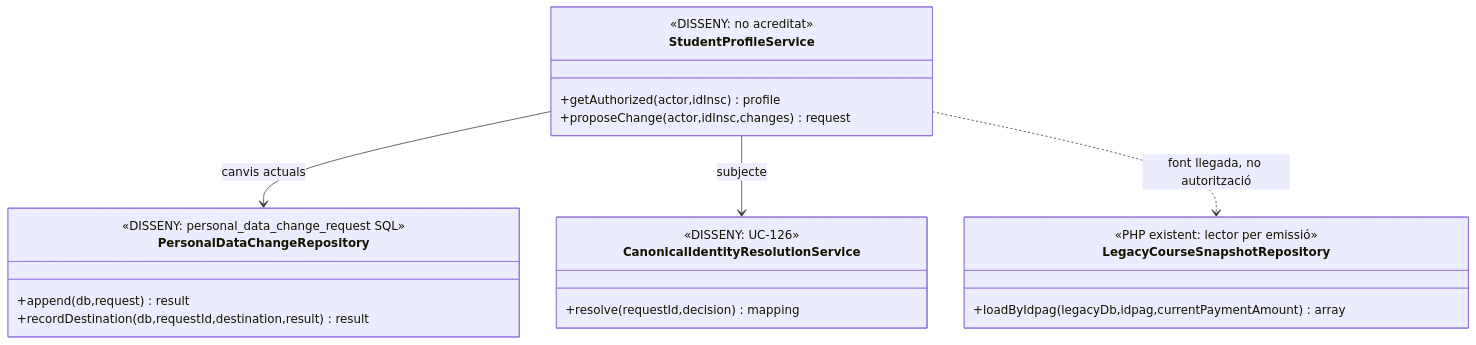
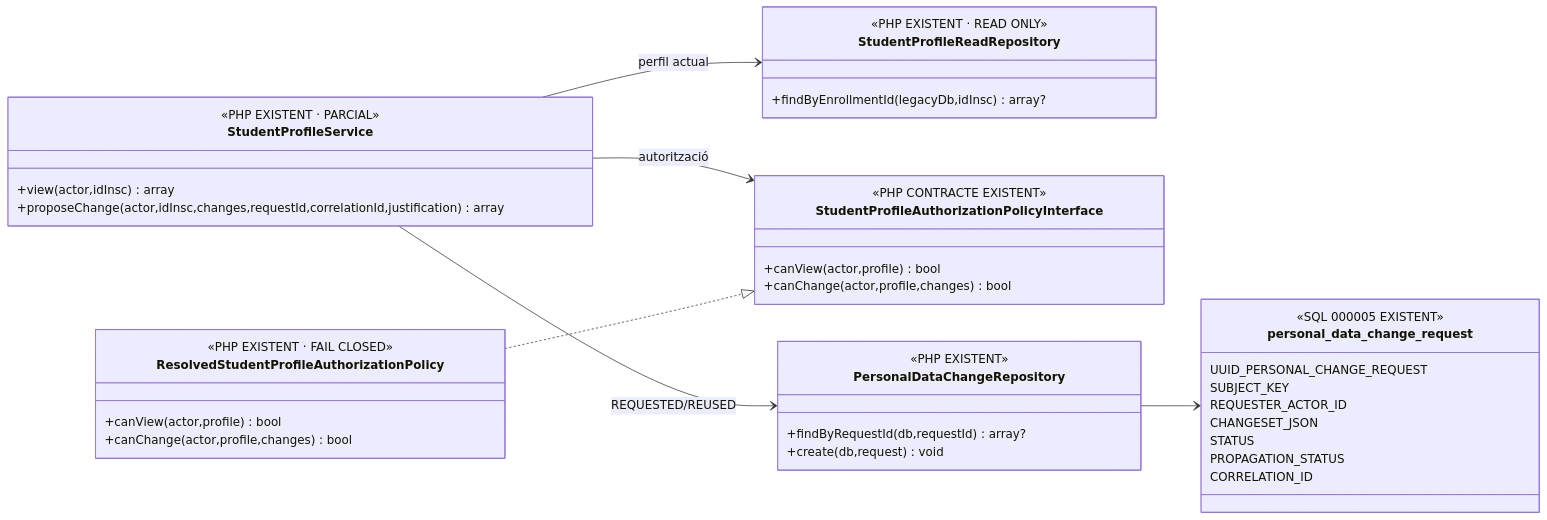
Before and after one commit to orgmeriemprismacat-del/verifactu: the third of 21 diagrams in documentacio/07-uml-integrat/uc-042-consultar-modificar-alumne.md, drawn with Mermaid. The commit also changed other lines of this file, not shown here.

Commit message:
docs(uc-042): separar classes i seqüències actual parcial final

````diff
--- a/documentacio/07-uml-integrat/uc-042-consultar-modificar-alumne.md
+++ b/documentacio/07-uml-integrat/uc-042-consultar-modificar-alumne.md
@@ -72,24 +136,43 @@
 ```mermaid
 classDiagram
+direction LR
 class StudentProfileService {
- <<DISSENY: no acreditat>>
- +getAuthorized(actor,idInsc) profile
- +proposeChange(actor,idInsc,changes) request
+ <<PHP EXISTENT · PARCIAL>>
+ +view(actor,idInsc) array
+ +proposeChange(actor,idInsc,changes,requestId,correlationId,justification) array
 }
-class LegacyCourseSnapshotRepository {
- <<PHP existent: lector per emissió>>
- +loadByIdpag(legacyDb,idpag,currentPaymentAmount) array
+class StudentProfileReadRepository {
+ <<PHP EXISTENT · READ ONLY>>
+ +findByEnrollmentId(legacyDb,idInsc) array?
+}
+class StudentProfileAuthorizationPolicyInterface {
+ <<PHP CONTRACTE EXISTENT>>
+ +canView(actor,profile) bool
+ +canChange(actor,profile,changes) bool
+}
+class ResolvedStudentProfileAuthorizationPolicy {
+ <<PHP EXISTENT · FAIL CLOSED>>
+ +canView(actor,profile) bool
+ +canChange(actor,profile,changes) bool
 }
 class PersonalDataChangeRepository {
- <<DISSENY: personal_data_change_request SQL>>
- +append(db,request) result
- +recordDestination(db,requestId,destination,result) result
+ <<PHP EXISTENT>>
+ +findByRequestId(db,requestId) array?
+ +create(db,request) void
 }
-class CanonicalIdentityResolutionService {
- <<DISSENY: UC-126>>
- +resolve(requestId,decision) mapping
+class personal_data_change_request {
+ <<SQL 000005 EXISTENT>>
+ UUID_PERSONAL_CHANGE_REQUEST
+ SUBJECT_KEY
+ REQUESTER_ACTOR_ID
+ CHANGESET_JSON
+ STATUS
+ PROPAGATION_STATUS
+ CORRELATION_ID
 }
-StudentProfileService --> PersonalDataChangeRepository : canvis actuals
-StudentProfileService --> CanonicalIdentityResolutionService : subjecte
-StudentProfileService ..> LegacyCourseSnapshotRepository : font llegada, no autorització
+StudentProfileService --> StudentProfileReadRepository : perfil actual
+StudentProfileService --> StudentProfileAuthorizationPolicyInterface : autorització
+ResolvedStudentProfileAuthorizationPolicy ..|> StudentProfileAuthorizationPolicyInterface
+StudentProfileService --> PersonalDataChangeRepository : REQUESTED/REUSED
+PersonalDataChangeRepository --> personal_data_change_request
 ```
````
